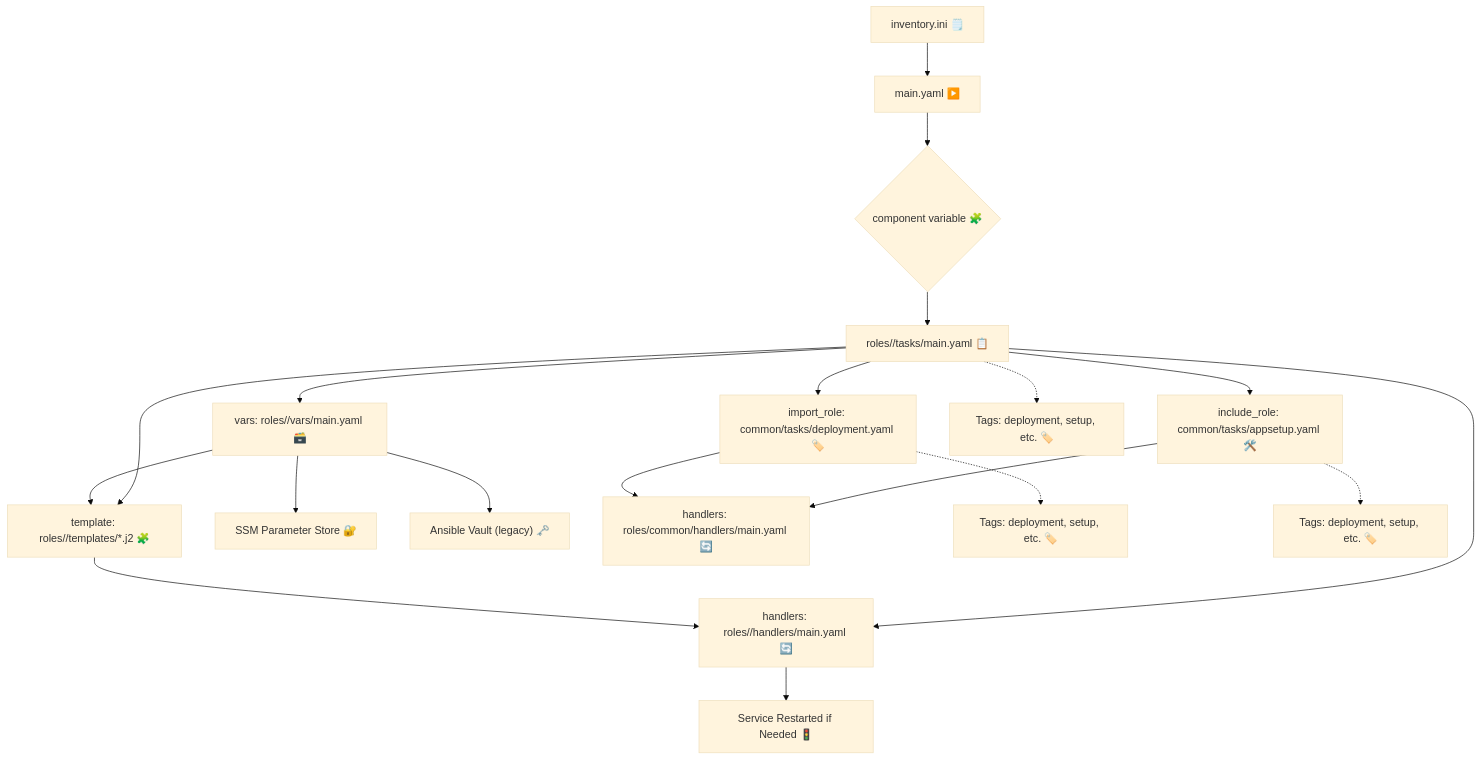
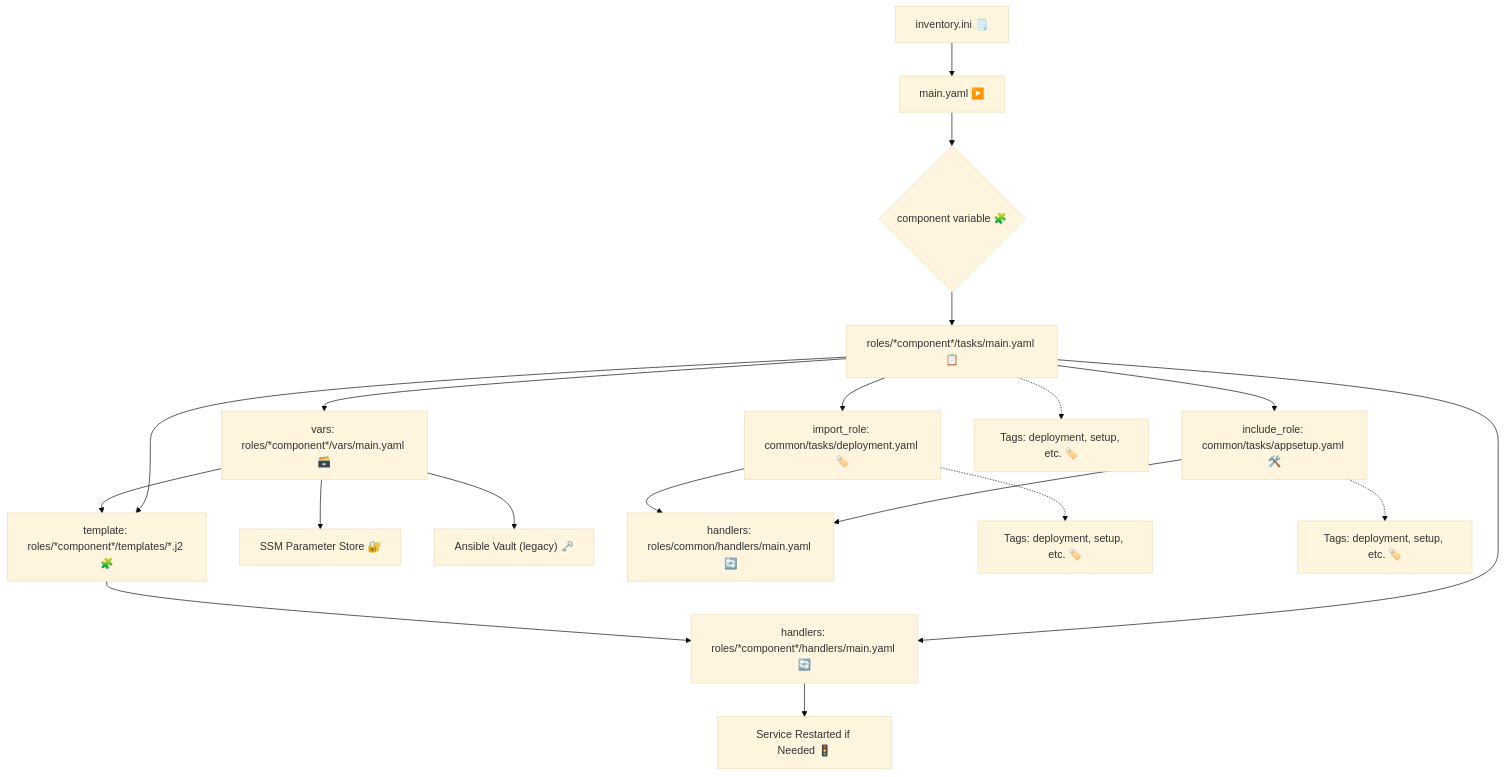
The diagram in README.md (MAHALAKSHMImahalakshmi/rolesAnsibleRoboshop), drawn with Mermaid (base theme) before and after one commit. The commit also changed other lines of this file, not shown here.

````diff
--- a/README.md
+++ b/README.md
@@ -62,21 +62,21 @@
 ```mermaid
 flowchart TD
     A["inventory.ini 🗒️"] --> B["main.yaml ▶️"]
     B --> C{"component variable 🧩"}
-    C --> D["roles/<component>/tasks/main.yaml 📋"]
+    C --> D["roles/*component*/tasks/main.yaml 📋"]
     D --> E["include_role: common/tasks/appsetup.yaml 🛠️"]
     D --> F["import_role: common/tasks/deployment.yaml 🏷️"]
-    D --> G["template: roles/<component>/templates/*.j2 🧩"]
-    D --> H["vars: roles/<component>/vars/main.yaml 🗃️"]
-    D --> I["handlers: roles/<component>/handlers/main.yaml 🔄"]
+    D --> G["template: roles/*component*/templates/*.j2 🧩"]
+    D --> H["vars: roles/*component*/vars/main.yaml 🗃️"]
+    D --> I["handlers: roles/*component*/handlers/main.yaml 🔄"]
     H --> L["SSM Parameter Store 🔐"]
     H --> M["Ansible Vault (legacy) 🗝️"]
     E --> J["handlers: roles/common/handlers/main.yaml 🔄"]
     F --> J
     G --> I
     H --> G
     I --> K["Service Restarted if Needed 🚦"]
     F -.-> F_TAG["Tags: deployment, setup, etc. 🏷️"]
     E -.-> E_TAG["Tags: deployment, setup, etc. 🏷️"]
     D -.-> D_TAG["Tags: deployment, setup, etc. 🏷️"]
 ```
````
